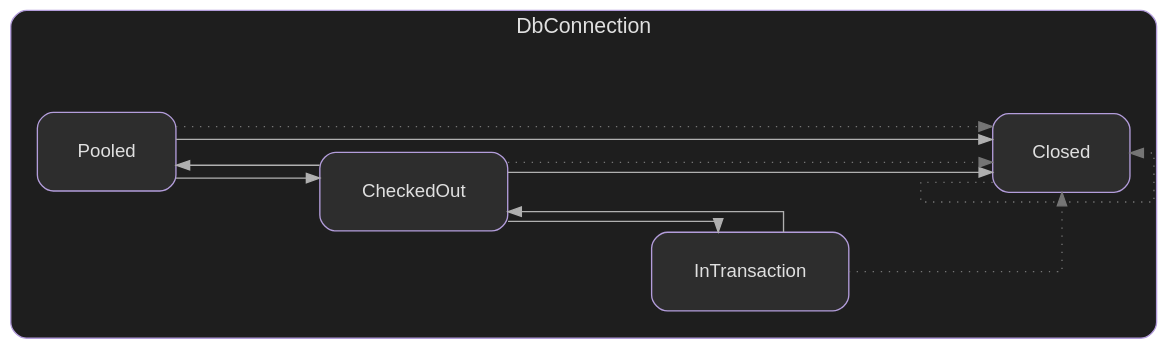
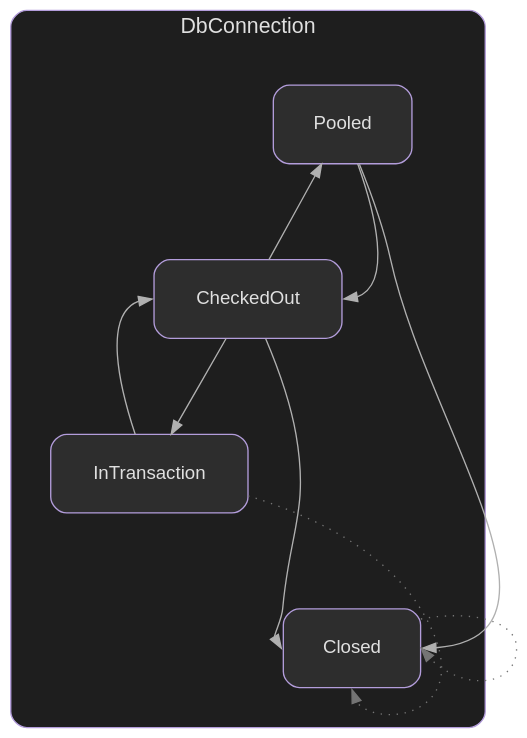
The diagram in docs/assets/images/generated/dbconnection.dot (elijahr/nim-typestates), drawn with Graphviz before and after one commit. The commit also changed 12 other files, not shown here.

First line of the commit message:
feat(cli): add splines mode and edge distribution for cleaner diagrams

```diff
--- a/docs/assets/images/generated/dbconnection.dot
+++ b/docs/assets/images/generated/dbconnection.dot
@@ -1,41 +1,39 @@
 digraph {
-  rankdir=LR;
-  splines=ortho;
+  rankdir=TB;
+  splines=spline;
   compound=true;
-  nodesep=0.8;
-  ranksep=1.5;
+  nodesep=1.0;
+  ranksep=1.0;
   bgcolor="transparent";
   pad=0.3;
 
   node [shape=box, style="rounded,filled", fillcolor="#2d2d2d", color="#b39ddb", fontcolor="#e0e0e0", fontname="sans-serif", fontsize=14, margin="0.4,0.3"];
   edge [fontname="sans-serif", fontsize=11, color="#b0b0b0"];
 
   subgraph cluster_DbConnection {
     label="DbConnection";
     fontname="sans-serif";
     fontsize=16;
     fontcolor="#e0e0e0";
     labelloc=t;
     style="rounded";
     color="#b39ddb";
     bgcolor="#1e1e1e";
-    margin=20;
+    margin=30;
 
     Pooled;
     CheckedOut;
     InTransaction;
     Closed;
 
-    Pooled -> CheckedOut;
-    Pooled -> Closed;
+    Pooled -> CheckedOut:e;
+    Pooled -> Closed:e;
     CheckedOut -> Pooled;
     CheckedOut -> InTransaction;
-    CheckedOut -> Closed;
-    InTransaction -> CheckedOut;
-    Pooled -> Closed [style=dotted, color="#757575"];
-    CheckedOut -> Closed [style=dotted, color="#757575"];
-    InTransaction -> Closed [style=dotted, color="#757575"];
-    Closed -> Closed [style=dotted, color="#757575"];
+    CheckedOut -> Closed:w;
+    InTransaction -> CheckedOut:w;
+    InTransaction -> Closed:s [style=dotted, color="#757575"];
+    Closed -> Closed:e [style=dotted, color="#757575"];
   }
 
 }
```
